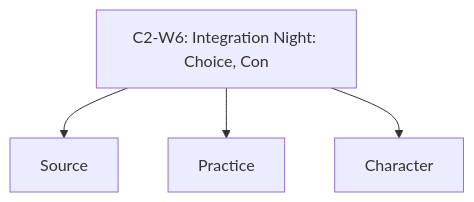
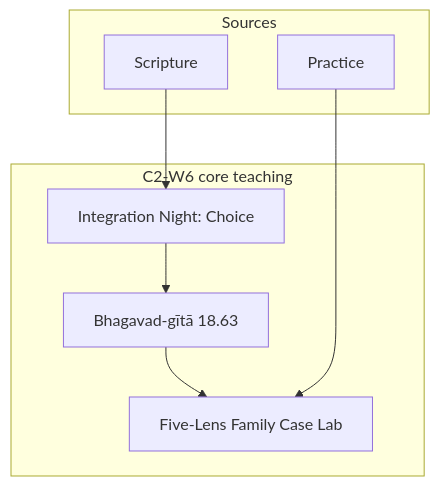
Before and after one commit to swap2you/kutumba-family-program: the diagram in 11-weekly-program-library/first-six-months/c2-w6-integration-night-choice-consequence-and-the-modes/visuals/concept-map.mmd, drawn with Mermaid. The commit also changed 198 other files, not shown here.

```diff
--- a/11-weekly-program-library/first-six-months/c2-w6-integration-night-choice-consequence-and-the-modes/visuals/concept-map.mmd
+++ b/11-weekly-program-library/first-six-months/c2-w6-integration-night-choice-consequence-and-the-modes/visuals/concept-map.mmd
@@ -1,4 +1,13 @@
-flowchart TD
-  A[C2-W6: Integration Night: Choice, Con] --> B[Source]
-  A --> C[Practice]
-  A --> D[Character]
+flowchart TB
+    subgraph TEACHING["C2-W6 core teaching"]
+        A["Integration Night: Choice"]
+        B["Bhagavad-gītā 18.63"]
+        C["Five-Lens Family Case Lab"]
+    end
+    subgraph SOURCES["Sources"]
+        S1[Scripture]
+        S2[Practice]
+    end
+    A --> B --> C
+    S1 --> A
+    S2 --> C
```
